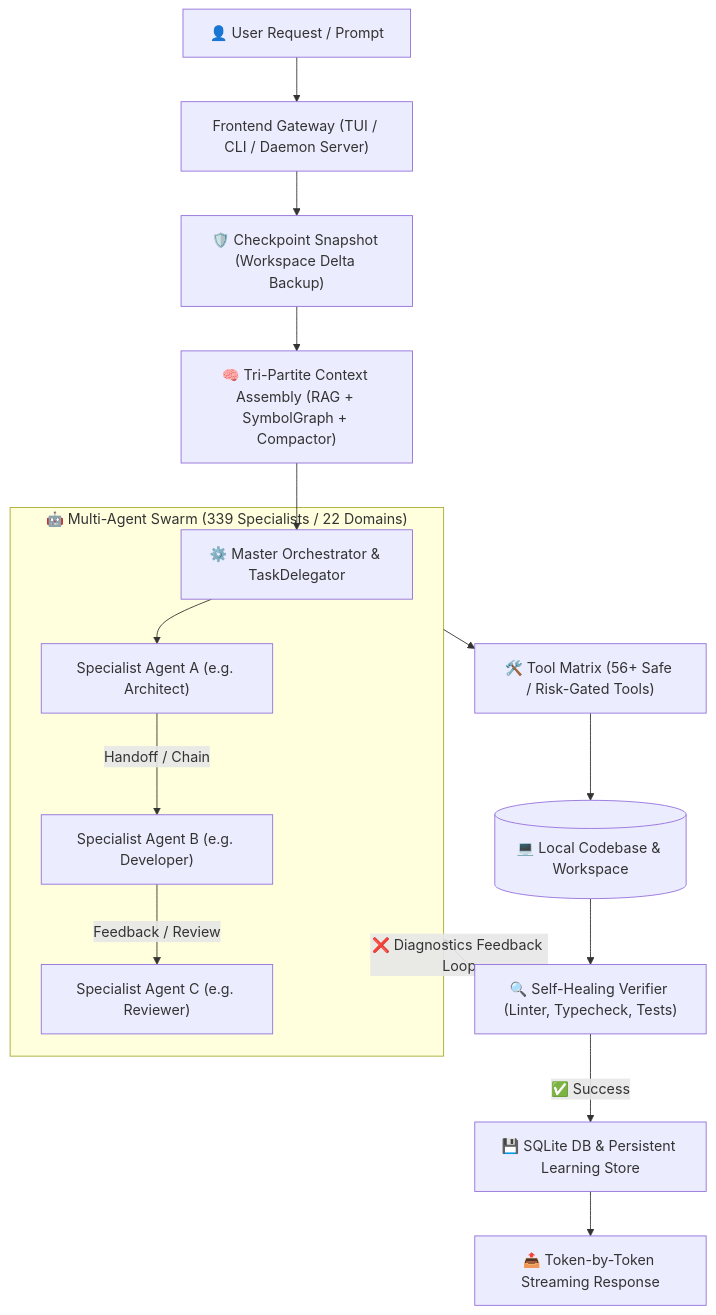
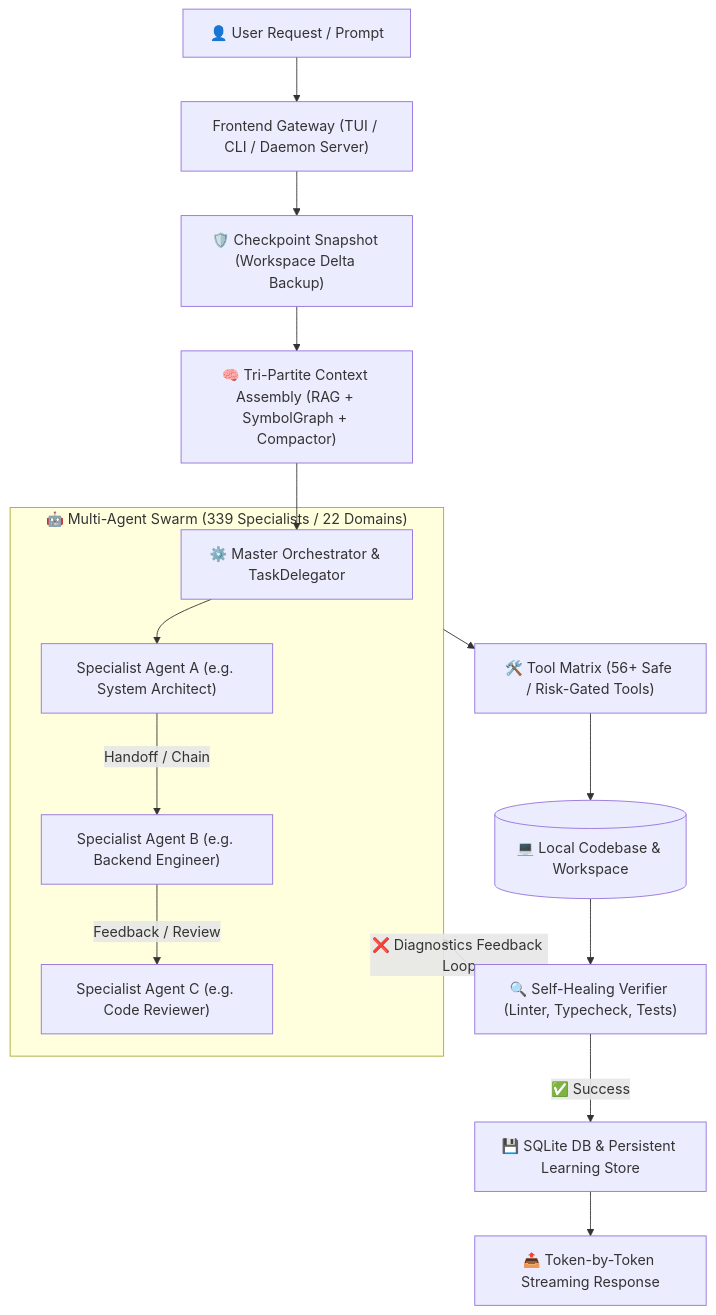
The first of 7 diagrams in docs/FLOWS.md (SAGO-AUTOMATES/SAGO-Agent), drawn with Mermaid before and after one commit. The commit also changed other lines of this file, not shown here.

Commit message:
docs: convert diagrams to responsive Mermaid flowcharts in FLOWS.md

````diff
--- a/docs/FLOWS.md
+++ b/docs/FLOWS.md
@@ -28,21 +28,21 @@
 ```mermaid
 flowchart TD
     User["👤 User Request / Prompt"] --> Gateway["Frontend Gateway (TUI / CLI / Daemon Server)"]
     Gateway --> Checkpoint["🛡️ Checkpoint Snapshot (Workspace Delta Backup)"]
     Checkpoint --> Context["🧠 Tri-Partite Context Assembly (RAG + SymbolGraph + Compactor)"]
     Context --> Orchestrator["⚙️ Master Orchestrator & TaskDelegator"]
     
     subgraph Swarm["🤖 Multi-Agent Swarm (339 Specialists / 22 Domains)"]
-        Orchestrator --> AgentA["Specialist Agent A (e.g. Architect)"]
-        AgentA -->|Handoff / Chain| AgentB["Specialist Agent B (e.g. Developer)"]
-        AgentB -->|Feedback / Review| AgentC["Specialist Agent C (e.g. Reviewer)"]
+        Orchestrator --> AgentA["Specialist Agent A (e.g. System Architect)"]
+        AgentA -->|Handoff / Chain| AgentB["Specialist Agent B (e.g. Backend Engineer)"]
+        AgentB -->|Feedback / Review| AgentC["Specialist Agent C (e.g. Code Reviewer)"]
     end
     
     Swarm --> Tools["🛠️ Tool Matrix (56+ Safe / Risk-Gated Tools)"]
     Tools --> Codebase[("💻 Local Codebase & Workspace")]
     Codebase --> Verifier["🔍 Self-Healing Verifier (Linter, Typecheck, Tests)"]
     
     Verifier -->|❌ Diagnostics Feedback Loop| Swarm
     Verifier -->|✅ Success| StateCommit["💾 SQLite DB & Persistent Learning Store"]
     StateCommit --> Response["📤 Token-by-Token Streaming Response"]
 ```
````
